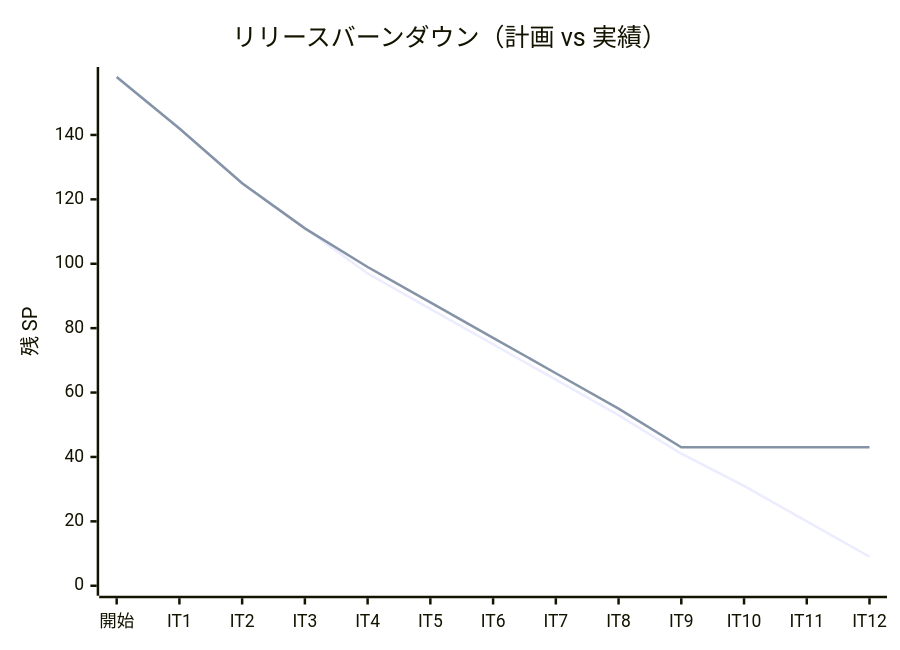
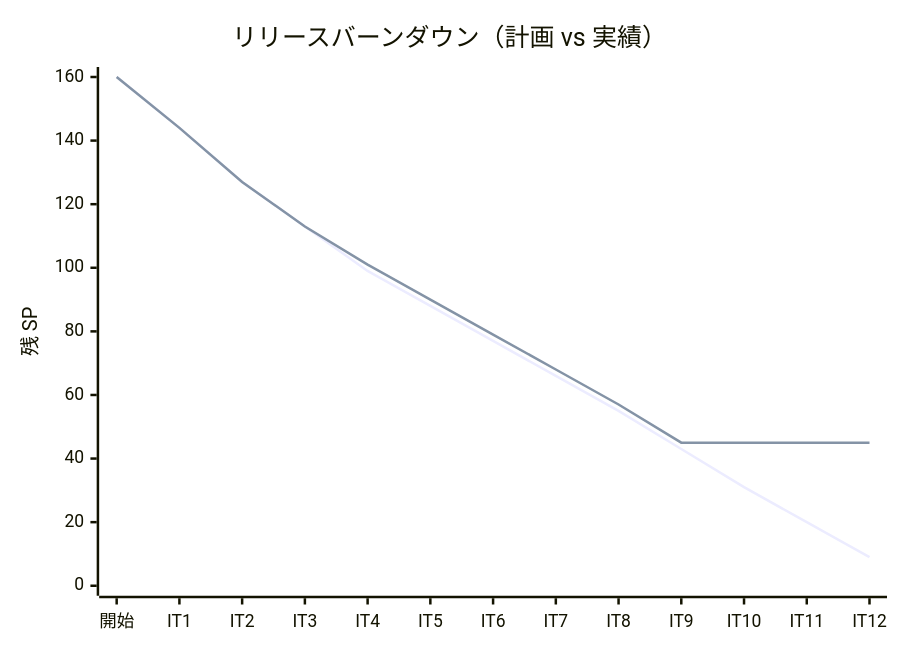
One commit to k2works/case-study-cargo-tracker changed the third of 3 diagrams in docs/development/release_plan.md. Above: the diagram before and after it, drawn with Mermaid. The commit also changed other lines of this file and 4 other files, not shown here.

````diff
--- a/docs/development/release_plan.md
+++ b/docs/development/release_plan.md
@@ -585,8 +585,8 @@
 ```mermaid
 xychart-beta
     title "リリースバーンダウン（計画 vs 実績）"
     x-axis ["開始", "IT1", "IT2", "IT3", "IT4", "IT5", "IT6", "IT7", "IT8", "IT9", "IT10", "IT11", "IT12"]
-    y-axis "残 SP" 0 --> 158
-    line "計画" [158, 142, 125, 111, 97, 86, 75, 64, 53, 41, 31, 20, 9]
-    line "実績" [158, 142, 125, 111, 99, 88, 77, 66, 55, 43, 43, 43, 43]
+    y-axis "残 SP" 0 --> 160
+    line "計画" [160, 144, 127, 113, 99, 88, 77, 66, 55, 43, 31, 20, 9]
+    line "実績" [160, 144, 127, 113, 101, 90, 79, 68, 57, 45, 45, 45, 45]
 ```
````
